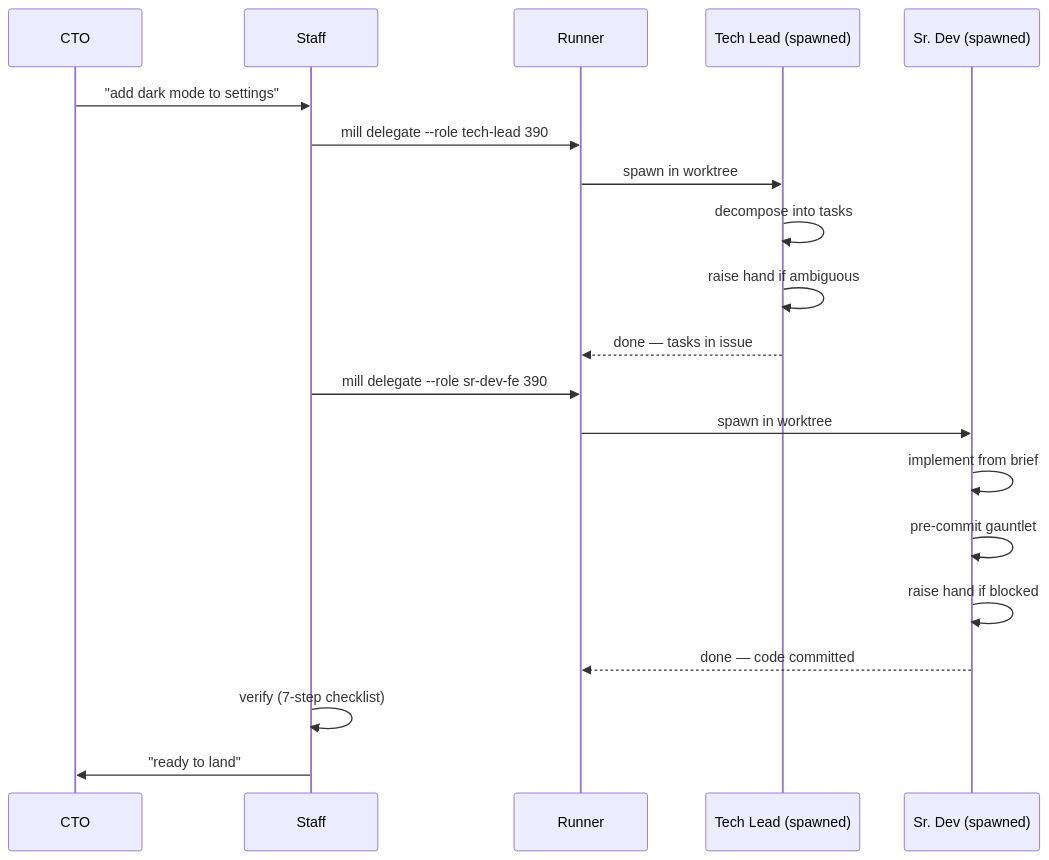
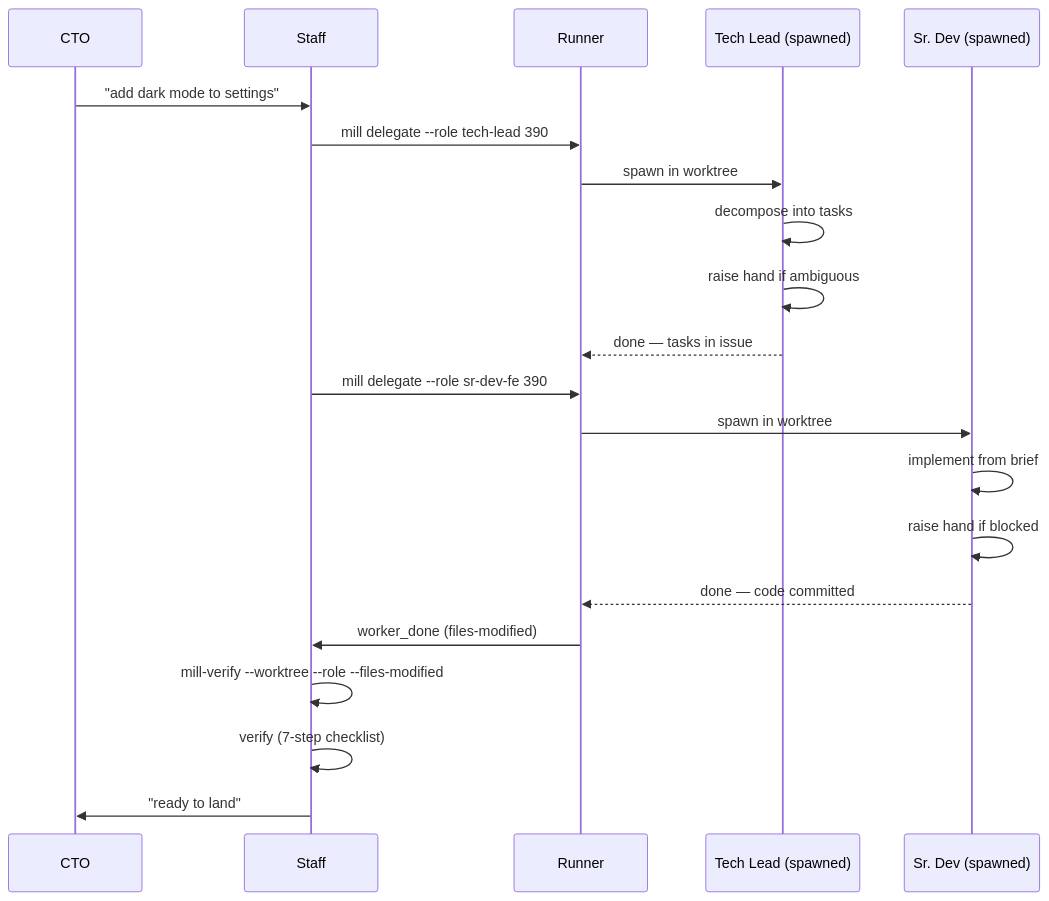
One commit to antonygiomarxdev/mill changed the third of 3 diagrams in .mill/docs/ARCHITECTURE.md. Above: the diagram before and after it, drawn with Mermaid. The commit also changed other lines of this file and 19 other files, not shown here.

First line of the commit message:
fix(verify): role enforcement runs even without a configured gauntlet

````diff
--- a/.mill/docs/ARCHITECTURE.md
+++ b/.mill/docs/ARCHITECTURE.md
@@ -77,25 +77,25 @@
 ```mermaid
 sequenceDiagram
     participant CTO
     participant Staff
     participant Runner
     participant TL as Tech Lead (spawned)
     participant SD as Sr. Dev (spawned)
     
     CTO->>Staff: "add dark mode to settings"
     Staff->>Runner: mill delegate --role tech-lead 390
     Runner->>TL: spawn in worktree
     TL->>TL: decompose into tasks
     TL->>TL: raise hand if ambiguous
     TL-->>Runner: done — tasks in issue
     
     Staff->>Runner: mill delegate --role sr-dev-fe 390
     Runner->>SD: spawn in worktree
     SD->>SD: implement from brief
-    SD->>SD: pre-commit gauntlet
     SD->>SD: raise hand if blocked
     SD-->>Runner: done — code committed
-    
+    Runner->>Staff: worker_done (files-modified)
+    Staff->>Staff: mill-verify --worktree --role --files-modified
     Staff->>Staff: verify (7-step checklist)
     Staff->>CTO: "ready to land"
 ```
````
